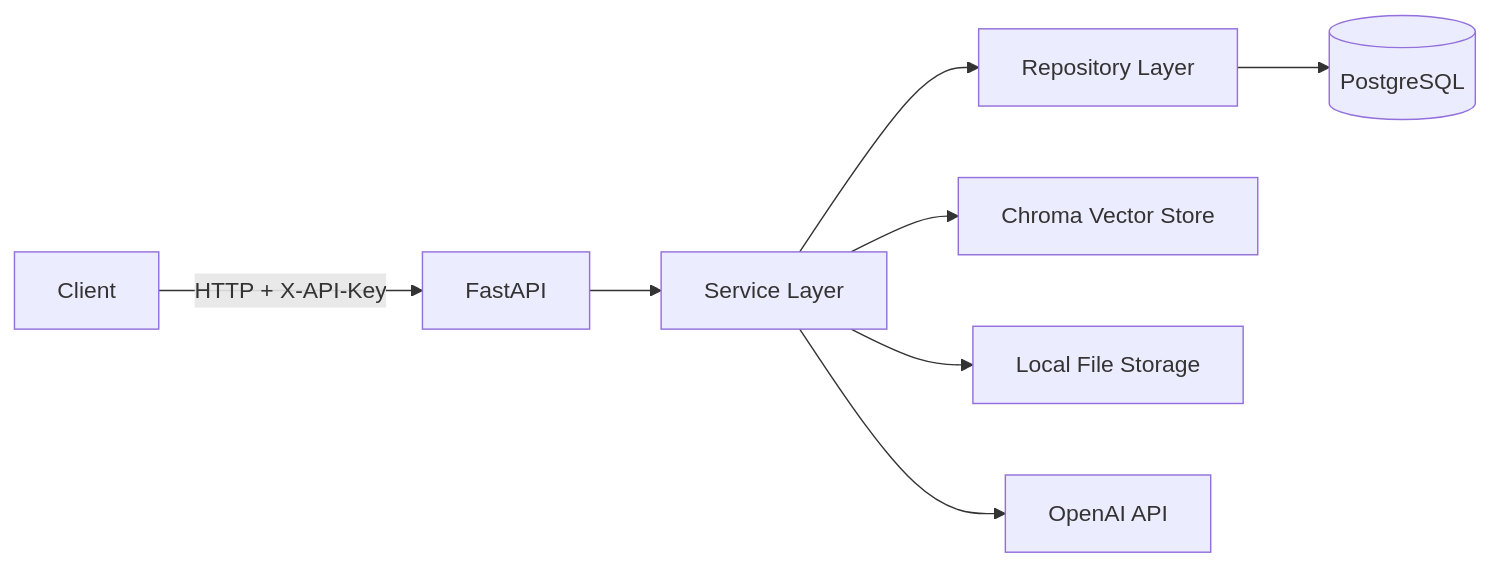
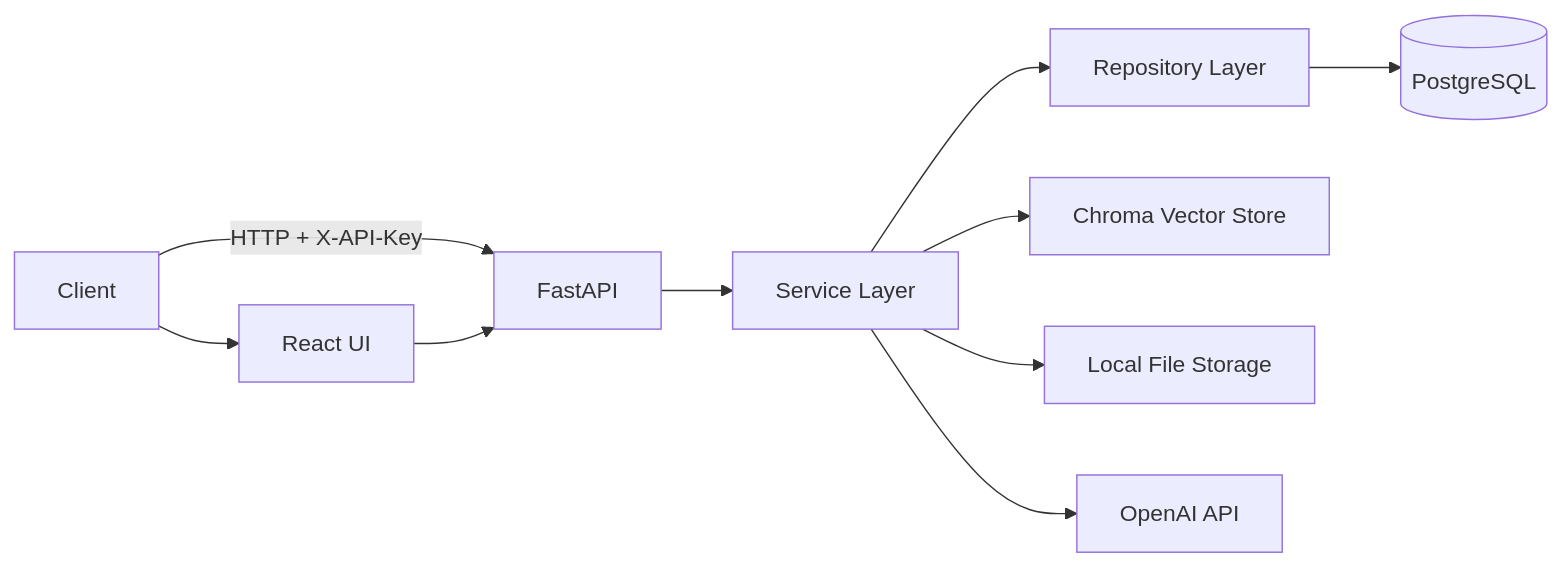
The diagram in README.md (andrematostech/enterprise-knowledge-service), drawn with Mermaid before and after one commit. The commit also changed other lines of this file and 2174 other files, not shown here.

````diff
--- a/README.md
+++ b/README.md
@@ -7,10 +7,12 @@
 ```mermaid
 flowchart LR
   Client[Client] -->|HTTP + X-API-Key| API[FastAPI]
   API --> Services[Service Layer]
   Services --> Repos[Repository Layer]
   Repos --> DB[(PostgreSQL)]
   Services --> Vector[Chroma Vector Store]
   Services --> Storage[Local File Storage]
   Services --> OpenAI[OpenAI API]
+  Client --> WebUI[React UI]
+  WebUI --> API
 ```
````
